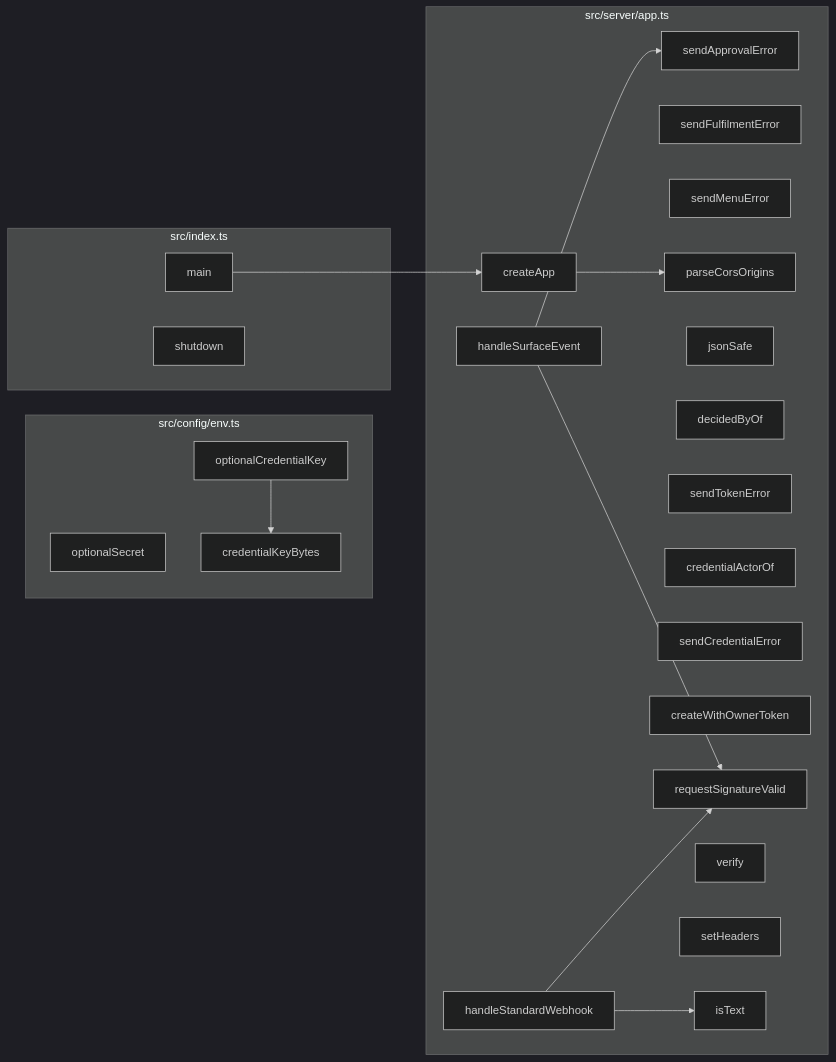
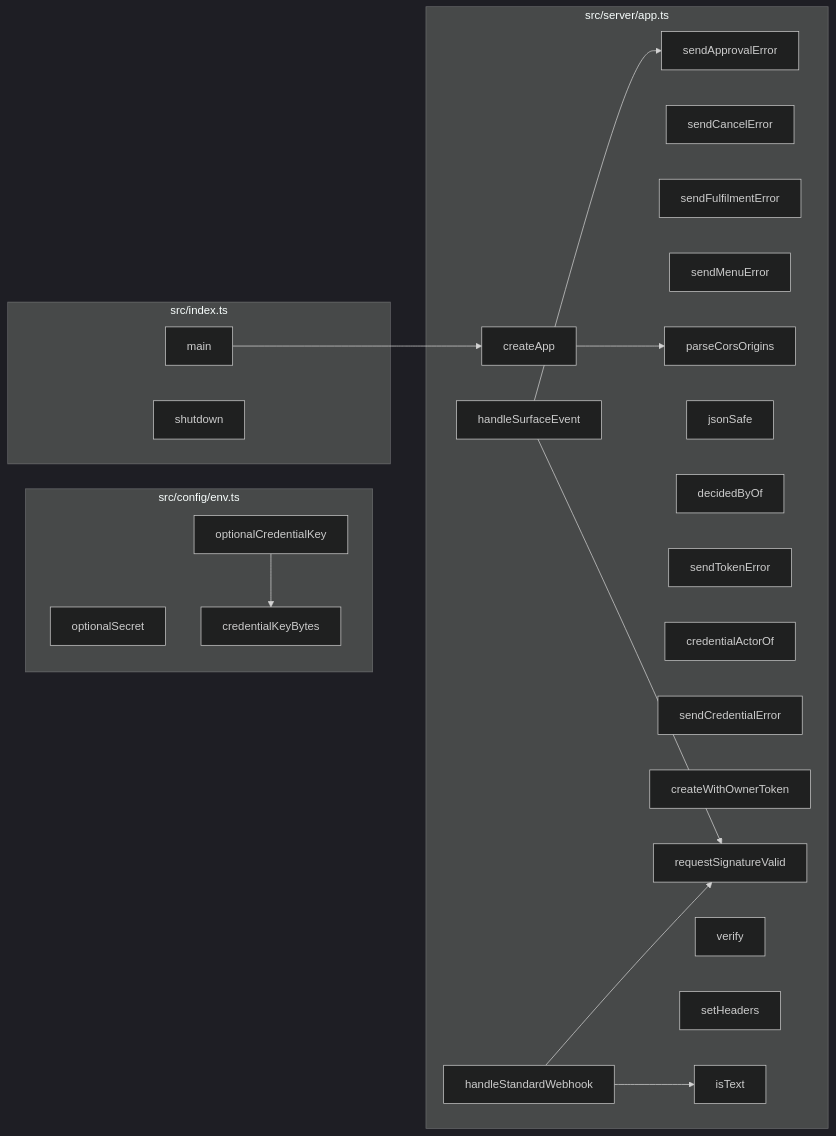
The fourth of 8 diagrams in docs/CODEBASE_MAP.md (Jaydearcadian/bind), drawn with Mermaid (dark theme) before and after one commit. The commit also changed other lines of this file and 14 other files, not shown here.

````diff
--- a/docs/CODEBASE_MAP.md
+++ b/docs/CODEBASE_MAP.md
@@ -260,38 +263,39 @@
 ```mermaid
 flowchart LR
   subgraph F0["src/config/env.ts"]
     n106["optionalSecret"]
     n107["credentialKeyBytes"]
     n108["optionalCredentialKey"]
   end
   subgraph F1["src/index.ts"]
     n166["main"]
     n167["shutdown"]
   end
   subgraph F2["src/server/app.ts"]
     n188["sendApprovalError"]
-    n189["sendFulfilmentError"]
-    n190["sendMenuError"]
-    n191["parseCorsOrigins"]
-    n192["jsonSafe"]
-    n193["decidedByOf"]
-    n194["sendTokenError"]
-    n195["credentialActorOf"]
-    n196["sendCredentialError"]
-    n197["createWithOwnerToken"]
-    n198["requestSignatureValid"]
-    n199["createApp"]
-    n200["verify"]
-    n201["setHeaders"]
-    n262["handleSurfaceEvent"]
-    n263["handleStandardWebhook"]
-    n264["isText"]
+    n189["sendCancelError"]
+    n190["sendFulfilmentError"]
+    n191["sendMenuError"]
+    n192["parseCorsOrigins"]
+    n193["jsonSafe"]
+    n194["decidedByOf"]
+    n195["sendTokenError"]
+    n196["credentialActorOf"]
+    n197["sendCredentialError"]
+    n198["createWithOwnerToken"]
+    n199["requestSignatureValid"]
+    n200["createApp"]
+    n201["verify"]
+    n202["setHeaders"]
+    n265["handleSurfaceEvent"]
+    n266["handleStandardWebhook"]
+    n267["isText"]
   end
   n108 --> n107
-  n166 --> n199
-  n199 --> n191
-  n262 --> n198
-  n262 --> n188
-  n263 --> n198
-  n263 --> n264
+  n166 --> n200
+  n200 --> n192
+  n265 --> n199
+  n265 --> n188
+  n266 --> n199
+  n266 --> n267
 ```
````
